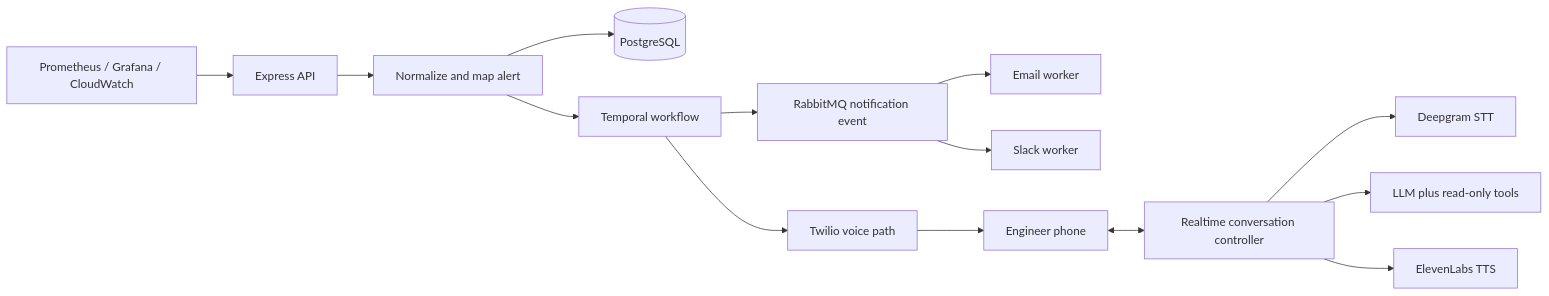
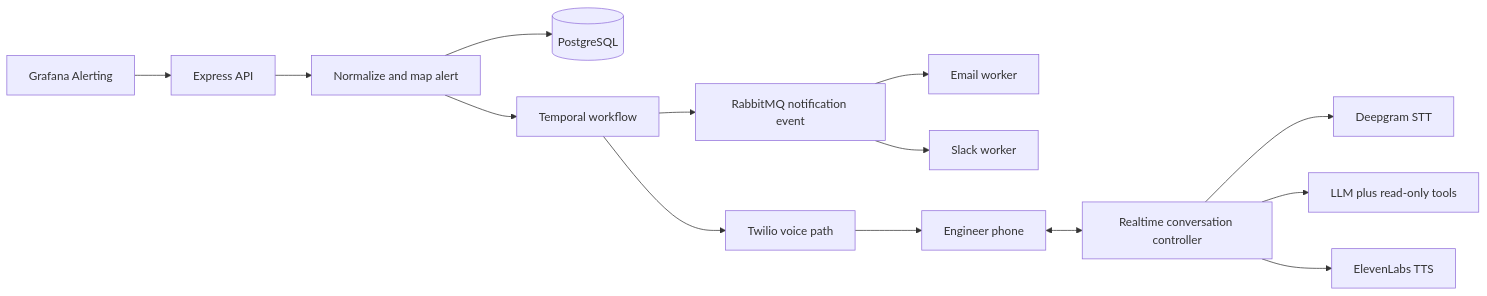
One commit to abhinavkarnatak-dev/WakeOps changed the first of 2 diagrams in docs/architecture.md. Above: the diagram before and after it, drawn with Mermaid. The commit also changed other lines of this file and 35 other files, not shown here.

````diff
--- a/docs/architecture.md
+++ b/docs/architecture.md
@@ -5,16 +5,16 @@
 ```mermaid
 flowchart LR
-    M[Prometheus / Grafana / CloudWatch] --> API[Express API]
+    M[Grafana Alerting] --> API[Express API]
     API --> A[Normalize and map alert]
     A --> DB[(PostgreSQL)]
     A --> T[Temporal workflow]
     T --> V[Twilio voice path]
     T --> Q[RabbitMQ notification event]
     Q --> E[Email worker]
     Q --> S[Slack worker]
     V --> P[Engineer phone]
     P <--> C[Realtime conversation controller]
     C --> D[Deepgram STT]
     C --> L[LLM plus read-only tools]
     C --> EL[ElevenLabs TTS]
 ```
````
